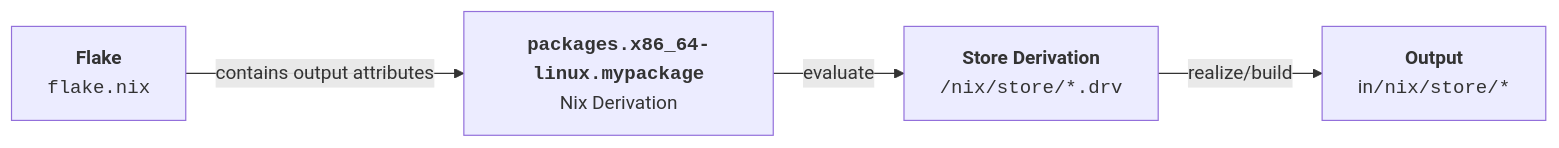
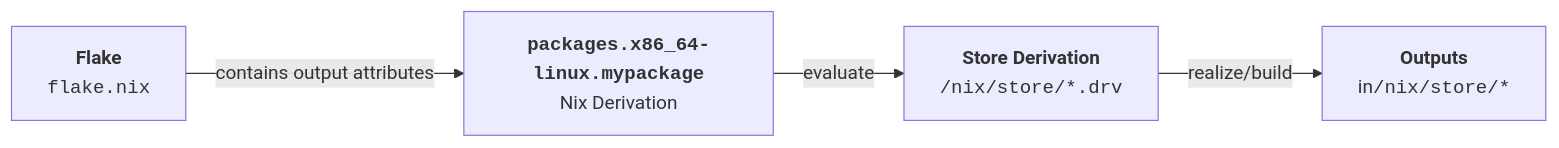
Before and after one commit to sdsc-ordes/technical-presentation: the second of 2 diagrams in src/presentations/part-1/includes/intro.md, drawn with Mermaid. The commit also changed other lines of this file and 1 other file, not shown here.

````diff
--- a/src/presentations/part-1/includes/intro.md
+++ b/src/presentations/part-1/includes/intro.md
@@ -958,6 +969,6 @@
 ```mermaid
 flowchart LR
     A["<strong>Flake</strong><br><code>flake.nix</code>"] -->|"contains output attributes"| B["<strong><code>packages.x86_64-linux.mypackage</code></strong><br>Nix Derivation"]
     B -->|"evaluate"| C["<strong>Store Derivation</strong><br><code>/nix/store/*.drv</code>"]
-    C -->|"realize/build"| D["<strong>Output</strong><br>in<code>/nix/store/*</code>"]
+    C -->|"realize/build"| D["<strong>Outputs</strong><br>in<code>/nix/store/*</code>"]
 ```
````
